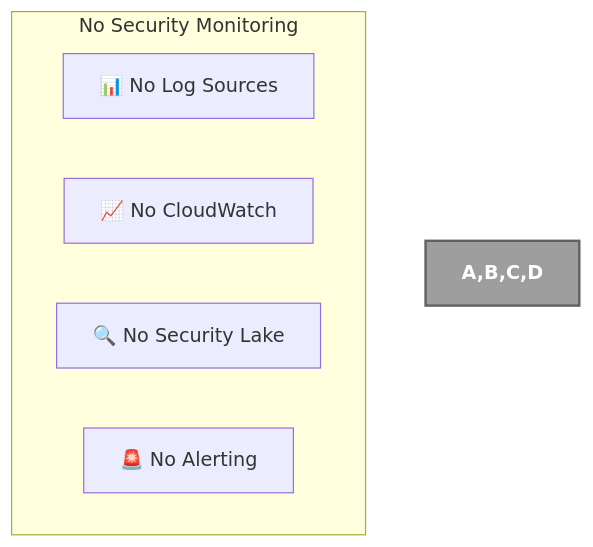
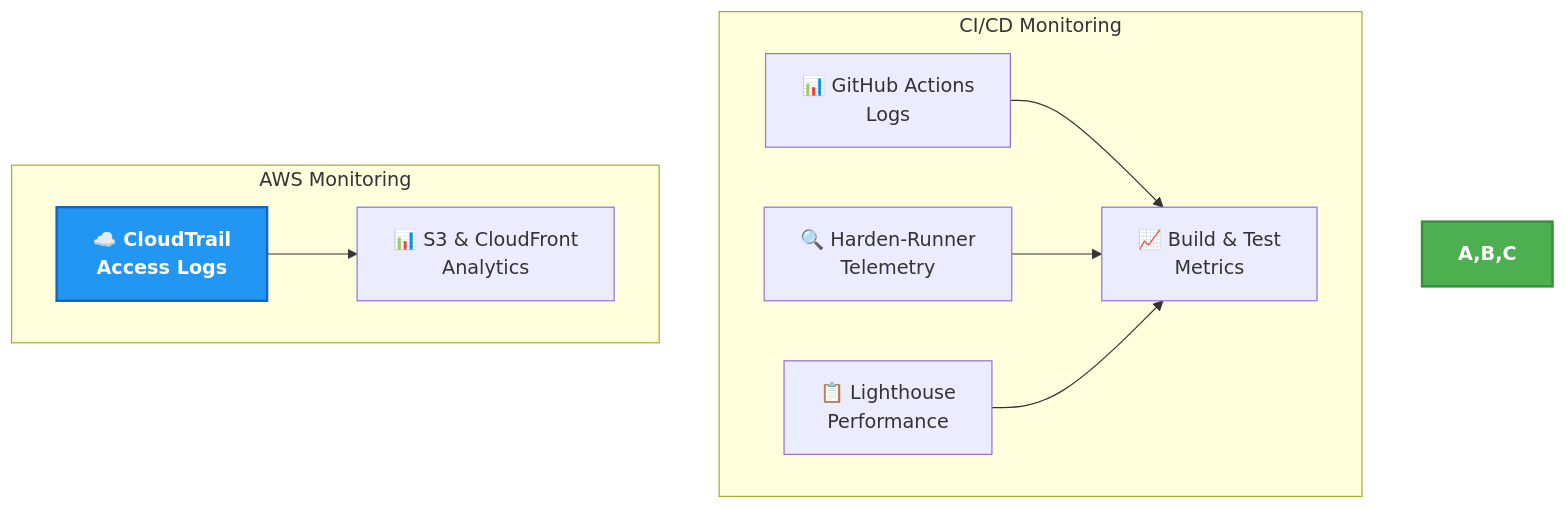
One commit to Hack23/cia-compliance-manager changed diagram 15 of 32 in docs/architecture/SECURITY_ARCHITECTURE.md. Above: the diagram before and after it, drawn with Mermaid. The commit also changed other lines of this file and 9 other files, not shown here.

First line of the commit message:
docs: update architecture documents to accurately reflect current system (#974)

````diff
--- a/docs/architecture/SECURITY_ARCHITECTURE.md
+++ b/docs/architecture/SECURITY_ARCHITECTURE.md
@@ -1114,11 +1131,15 @@
 ```mermaid
 flowchart TD
-    subgraph "No Security Monitoring"
-        A[📊 No Log Sources]
-        B[📈 No CloudWatch]
-        C[🔍 No Security Lake]
-        D[🚨 No Alerting]
+    subgraph "CI/CD Monitoring"
+        A[📊 GitHub Actions<br>Logs] --> E[📈 Build & Test<br>Metrics]
+        B[🔍 Harden-Runner<br>Telemetry] --> E
+        C[📋 Lighthouse<br>Performance] --> E
     end
 
-    style A,B,C,D fill:#9E9E9E,stroke:#616161,stroke-width:2px,color:white,font-weight:bold
+    subgraph "AWS Monitoring"
+        D[☁️ CloudTrail<br>Access Logs] --> F[📊 S3 & CloudFront<br>Analytics]
+    end
+
+    style A,B,C fill:#4CAF50,stroke:#388E3C,stroke-width:2px,color:white,font-weight:bold
+    style D fill:#2196F3,stroke:#1565C0,stroke-width:2px,color:white,font-weight:bold
 ```
````
